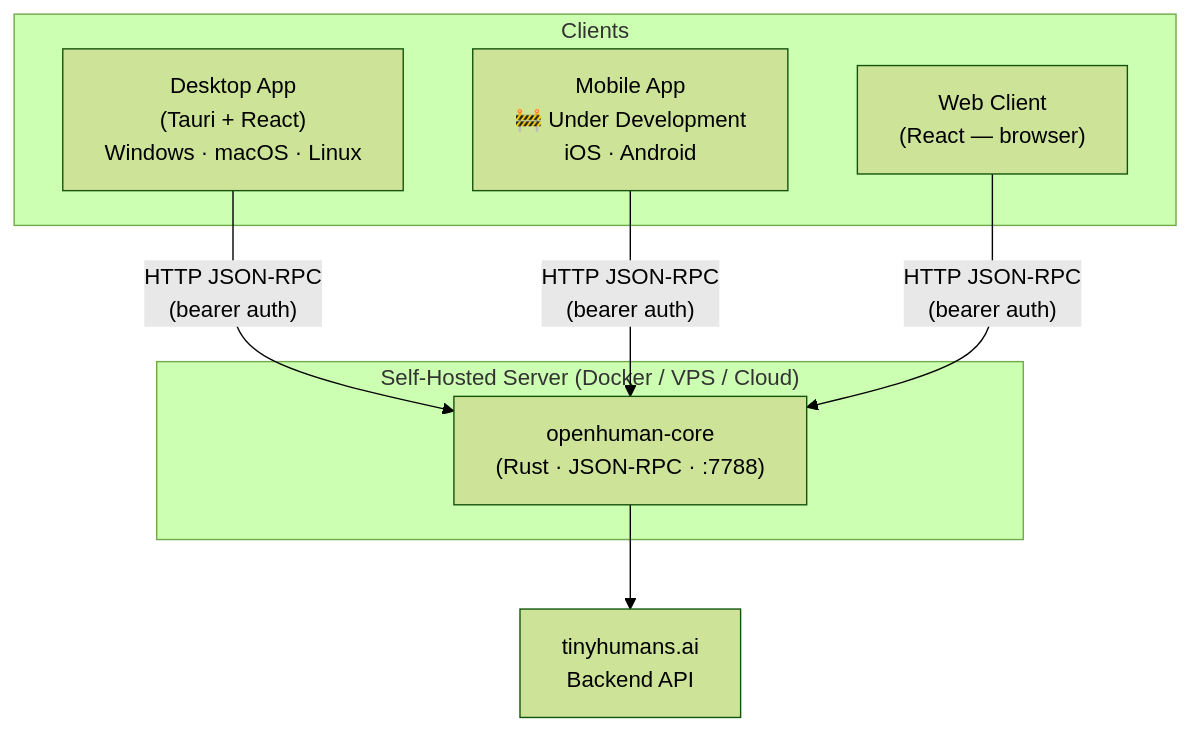
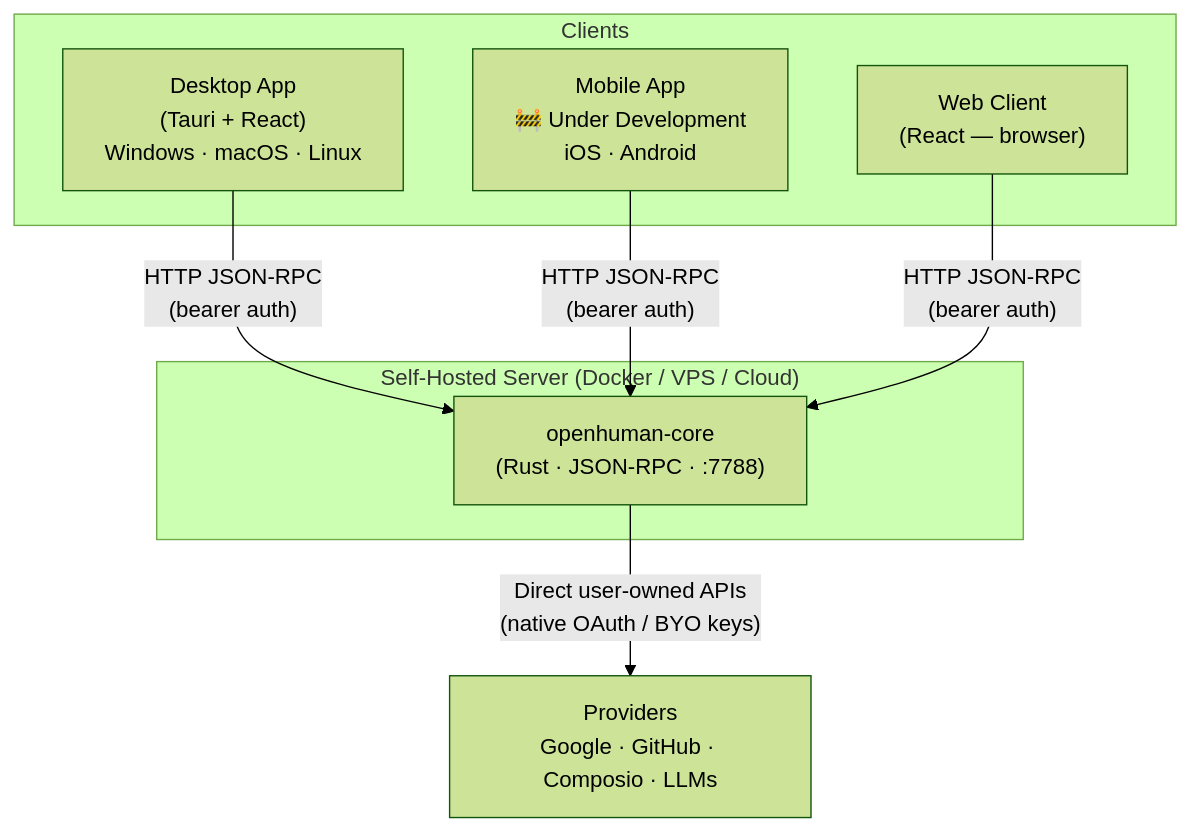
Before and after one commit to oadank/openhuman: the diagram in README.md, drawn with Mermaid (forest theme). The commit also changed other lines of this file and 397 other files, not shown here.

````diff
--- a/README.md
+++ b/README.md
@@ -64,19 +64,17 @@
 ```mermaid
 graph TB
     subgraph Server["Self-Hosted Server (Docker / VPS / Cloud)"]
         Core["openhuman-core\n(Rust · JSON-RPC · :7788)"]
     end
 
     subgraph Clients
         Desktop["Desktop App\n(Tauri + React)\nWindows · macOS · Linux"]
         Mobile["Mobile App\n🚧 Under Development\niOS · Android"]
         Web["Web Client\n(React — browser)"]
     end
 
-    Backend["tinyhumans.ai\nBackend API"]
-
     Desktop -- "HTTP JSON-RPC\n(bearer auth)" --> Core
     Mobile -- "HTTP JSON-RPC\n(bearer auth)" --> Core
     Web -- "HTTP JSON-RPC\n(bearer auth)" --> Core
-    Core --> Backend
+    Core -- "Direct user-owned APIs\n(native OAuth / BYO keys)" --> Providers["Providers\nGoogle · GitHub · Composio · LLMs"]
 ```
````
